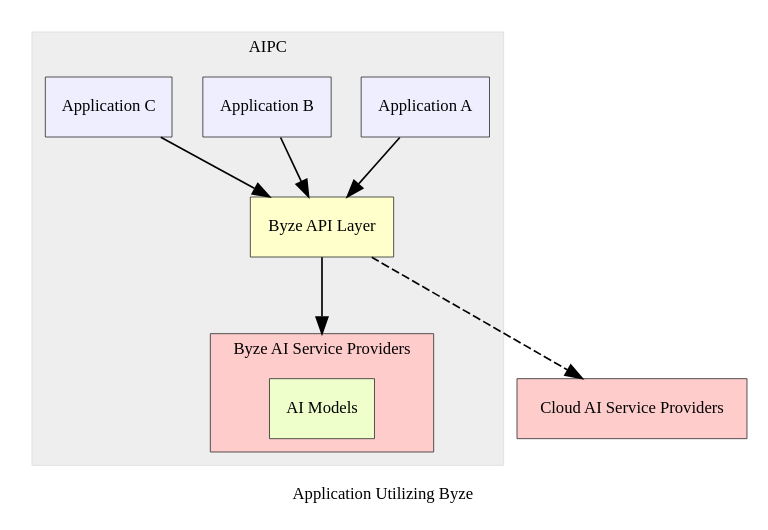
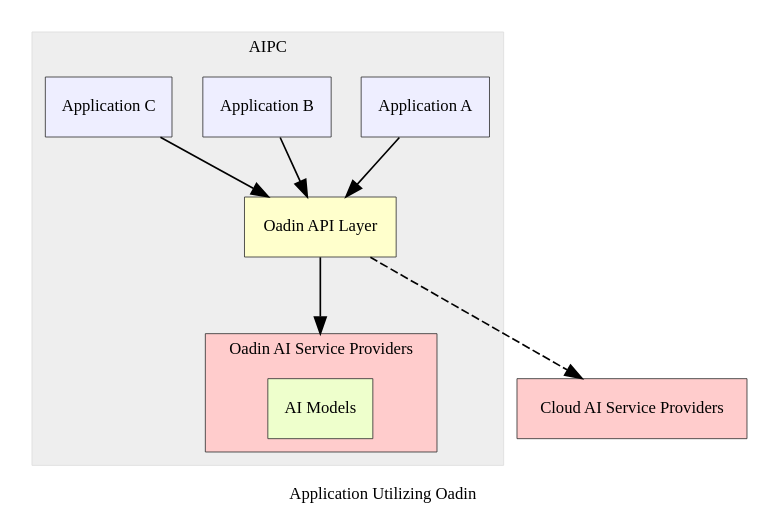
The diagram in docs/en/source/aog_usage.rst (DigitalChinaOpenSource/oadin), drawn with Graphviz before and after one commit. The commit also changed other lines of this file and 117 other files, not shown here.

```diff
--- a/docs/en/source/aog_usage.rst
+++ b/docs/en/source/aog_usage.rst
@@ -16,40 +16,40 @@
 .. graphviz:: 
    :align: center
 
    digraph G {
      rankdir=TB
      compound=true
-     label = "Application Utilizing Byze"
+     label = "Application Utilizing Oadin"
      graph [fontname = "Verdana", fontsize = 10, style="filled", penwidth=0.5]
      node [fontname = "Verdana", fontsize = 10, shape=box, color="#333333", style="filled", penwidth=0.5] 
 
 
      subgraph cluster_aipc {
         label = "AIPC"
         color="#dddddd"
         fillcolor="#eeeeee"
 
         app_a[label="Application A", fillcolor="#eeeeff"]
         app_b[label="Application B", fillcolor="#eeeeff"]
         app_c[label="Application C", fillcolor="#eeeeff"]
 
-        byze[label="Byze API Layer", fillcolor="#ffffcc"]
+        oadin[label="Oadin API Layer", fillcolor="#ffffcc"]
 
 
         subgraph cluster_service {
-            label = "Byze AI Service Providers"
+            label = "Oadin AI Service Providers"
             color = "#333333"
             fillcolor="#ffcccc"
 
             models[label="AI Models", fillcolor="#eeffcc"]
         }
 
-        {app_a, app_b, app_c} -> byze
-        byze -> models[lhead=cluster_service, minlen=2]
+        {app_a, app_b, app_c} -> oadin
+        oadin -> models[lhead=cluster_service, minlen=2]
      }
      cloud[label="Cloud AI Service Providers", fillcolor="#ffcccc"]
-     byze -> cloud[minlen=2 style="dashed"]
+     oadin -> cloud[minlen=2 style="dashed"]
 
 
 
    }
```
